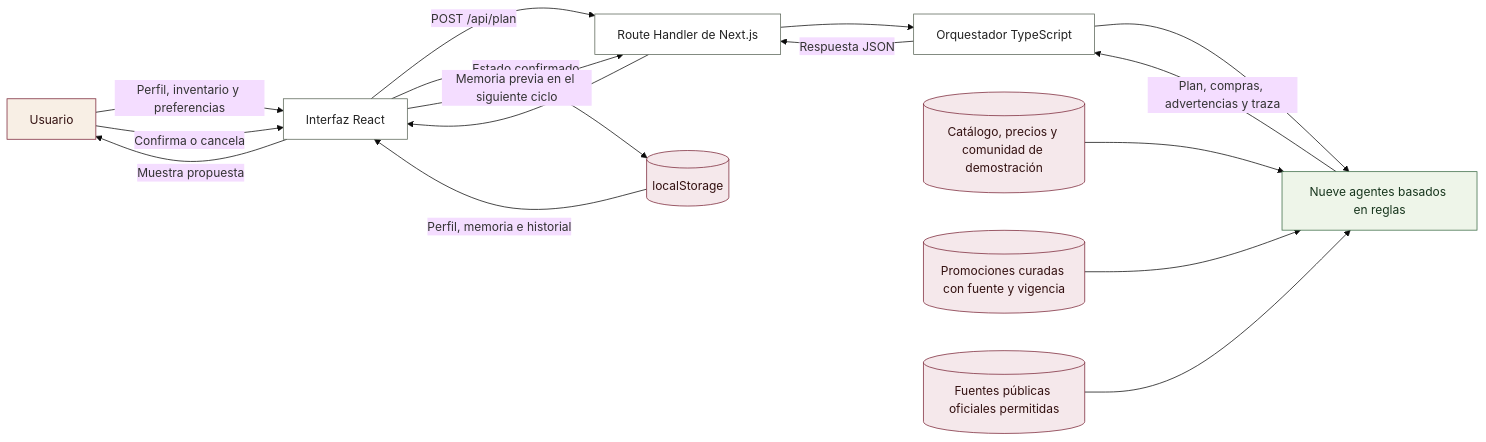
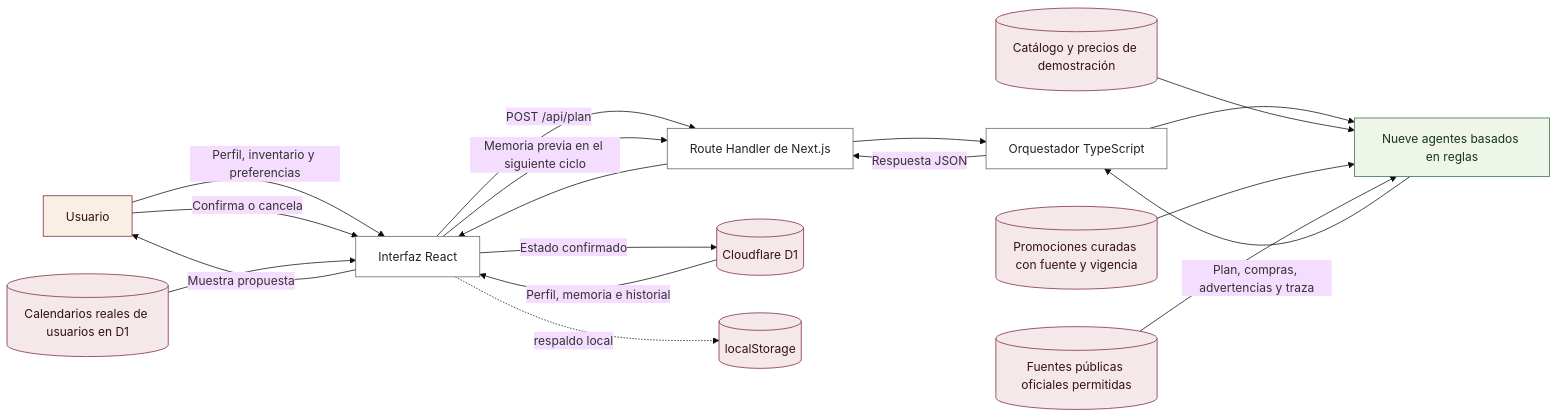
One commit to LautyDe/Entrega-CursoIA changed the first of 3 diagrams in docs/arquitectura.md. Above: the diagram before and after it, drawn with Mermaid (base theme). The commit also changed other lines of this file and 8 other files, not shown here.

````diff
--- a/docs/arquitectura.md
+++ b/docs/arquitectura.md
@@ -17,28 +17,30 @@
 ```mermaid
 flowchart LR
     U[Usuario] -->|Perfil, inventario y preferencias| UI[Interfaz React]
     UI -->|POST /api/plan| API[Route Handler de Next.js]
     API --> ORQ[Orquestador TypeScript]
     ORQ --> AG[Nueve agentes basados en reglas]
     AG -->|Plan, compras, advertencias y traza| ORQ
     ORQ -->|Respuesta JSON| API
     API --> UI
     UI -->|Muestra propuesta| U
     U -->|Confirma o cancela| UI
-    UI -->|Estado confirmado| LS[(localStorage)]
-    LS -->|Perfil, memoria e historial| UI
+    UI -->|Estado confirmado| D1[(Cloudflare D1)]
+    D1 -->|Perfil, memoria e historial| UI
+    UI -. respaldo local .-> LS[(localStorage)]
     UI -->|Memoria previa en el siguiente ciclo| API
 
-    DEMO[(Catálogo, precios y comunidad de demostración)] --> AG
+    DEMO[(Catálogo y precios de demostración)] --> AG
+    COM[(Calendarios reales de usuarios en D1)] --> UI
     PROMO[(Promociones curadas con fuente y vigencia)] --> AG
     WEB[(Fuentes públicas oficiales permitidas)] --> AG
 
     classDef actor fill:#f8efe5,stroke:#7b2638,color:#311;
     classDef traditional fill:#fff,stroke:#5b6658,color:#222;
     classDef agent fill:#eef5e9,stroke:#3c6b45,color:#17351d;
     classDef memory fill:#f5e8eb,stroke:#7b2638,color:#311;
     class U actor;
     class UI,API,ORQ traditional;
     class AG agent;
-    class LS,DEMO,PROMO,WEB memory;
+    class D1,LS,DEMO,COM,PROMO,WEB memory;
 ```
````
